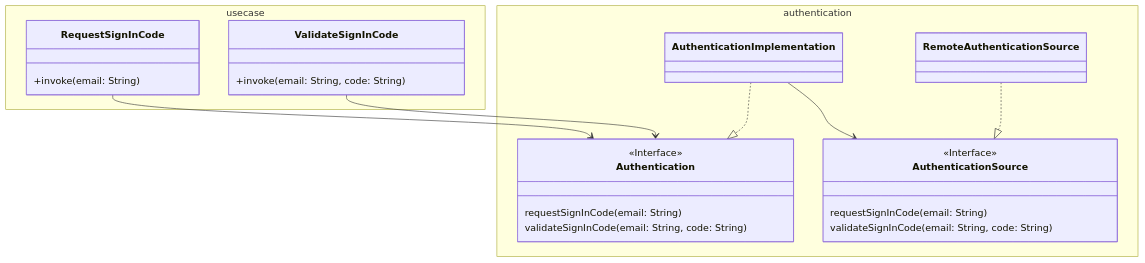
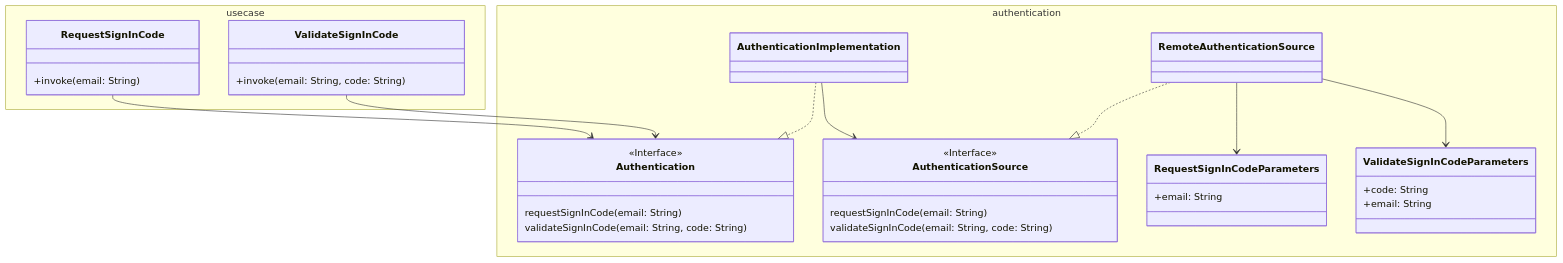
Before and after one commit to tangodachi/yava: the diagram in composeApp/documentation.md, drawn with Mermaid. The commit also changed 2 other files, not shown here.

Commit message:
implement RemoteAuthenticationSource validateSignInCode

````diff
--- a/composeApp/documentation.md
+++ b/composeApp/documentation.md
@@ -1,41 +1,52 @@
 ```mermaid
 classDiagram
 direction TB
 	namespace usecase {
         class RequestSignInCode {
 	        +invoke(email: String)
         }
 
         class ValidateSignInCode {
 	        +invoke(email: String, code: String)
         }
 
 	}
 	namespace authentication {
         class AuthenticationImplementation {
         }
 
         class RemoteAuthenticationSource {
         }
 
         class Authentication {
 	        requestSignInCode(email: String)
 	        validateSignInCode(email: String, code: String)
         }
 
         class AuthenticationSource {
 	        requestSignInCode(email: String)
 	        validateSignInCode(email: String, code: String)
         }
 
+        class RequestSignInCodeParameters {
+	        +email: String
+        }
+
+        class ValidateSignInCodeParameters {
+	        +code: String
+	        +email: String
+        }
+
 	}
 
 	<<Interface>> Authentication
 	<<Interface>> AuthenticationSource
 
     RequestSignInCode --> Authentication
     ValidateSignInCode --> Authentication
     AuthenticationImplementation ..|> Authentication
     AuthenticationImplementation --> AuthenticationSource
     RemoteAuthenticationSource ..|> AuthenticationSource
+    RemoteAuthenticationSource --> RequestSignInCodeParameters
+    RemoteAuthenticationSource --> ValidateSignInCodeParameters
 ```
````
